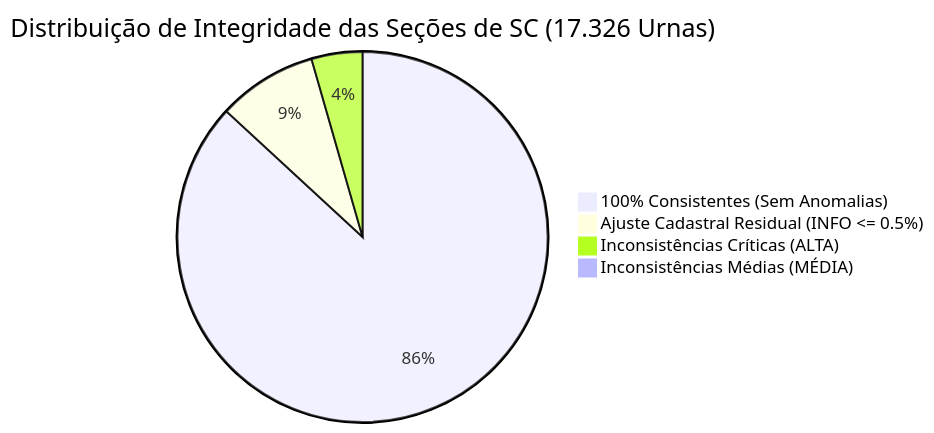
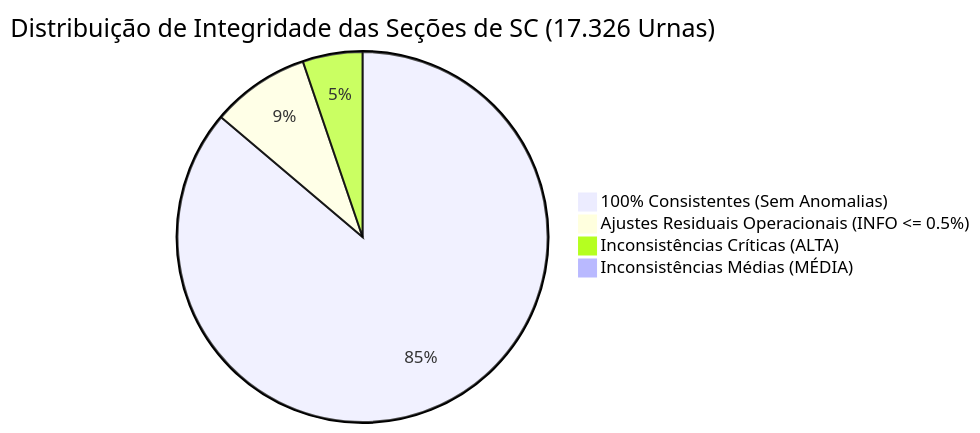
One commit to dilneiss/analise-forense-100-anomalias-eleicoes-2026-brasil changed the first of 2 diagrams in README.md. Above: the diagram before and after it, drawn with Mermaid. The commit also changed other lines of this file, not shown here.

````diff
--- a/README.md
+++ b/README.md
@@ -192,7 +200,7 @@
 ```mermaid
 pie title Distribuição de Integridade das Seções de SC (17.326 Urnas)
-    "100% Consistentes (Sem Anomalias)" : 14888
-    "Ajuste Cadastral Residual (INFO <= 0.5%)" : 1490
-    "Inconsistências Críticas (ALTA)" : 762
-    "Inconsistências Médias (MÉDIA)" : 128
+    "100% Consistentes (Sem Anomalias)" : 12919
+    "Ajustes Residuais Operacionais (INFO <= 0.5%)" : 1289
+    "Inconsistências Críticas (ALTA)" : 782
+    "Inconsistências Médias (MÉDIA)" : 122
 ```
````
